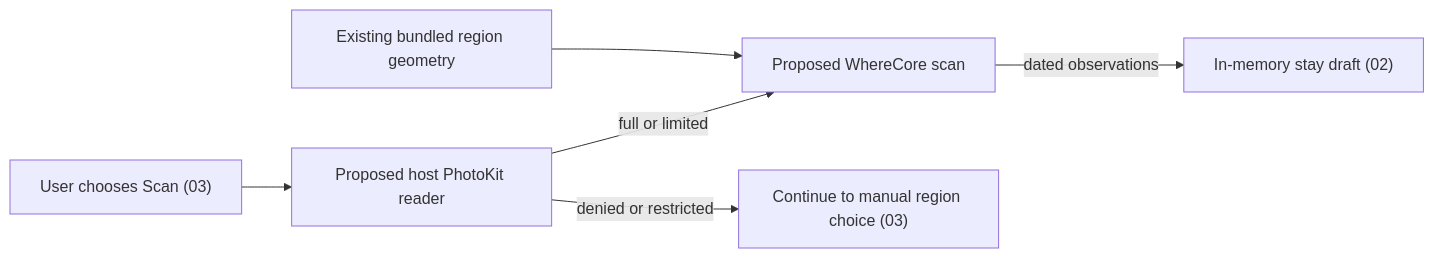
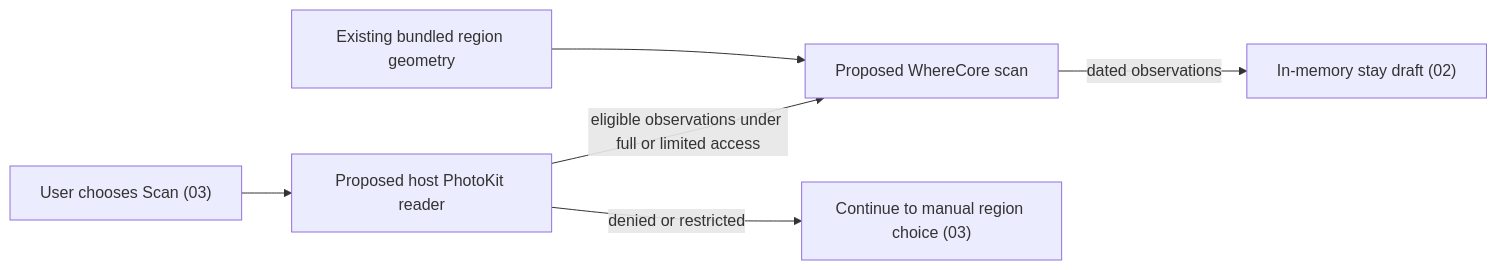
Before and after one commit to kyleve/Stuff: the diagram in Plans/2026-11-27-onboarding-photo-stays/01-read-photo-locations.md, drawn with Mermaid. The commit also changed other lines of this file and 2 other files, not shown here.

Commit message:
docs(Where): narrow onboarding photo eligibility

````diff
--- a/Plans/2026-11-27-onboarding-photo-stays/01-read-photo-locations.md
+++ b/Plans/2026-11-27-onboarding-photo-stays/01-read-photo-locations.md
@@ -30,8 +30,8 @@
 ```mermaid
 flowchart LR
     Tap["User chooses Scan (03)"] --> Reader["Proposed host PhotoKit reader"]
-    Reader -->|full or limited| Scan["Proposed WhereCore scan"]
+    Reader -->|eligible observations under full or limited access| Scan["Proposed WhereCore scan"]
     Reader -->|denied or restricted| Manual["Continue to manual region choice (03)"]
     Catalog["Existing bundled region geometry"] --> Scan
     Scan -->|dated observations| Review["In-memory stay draft (02)"]
 ```
````
